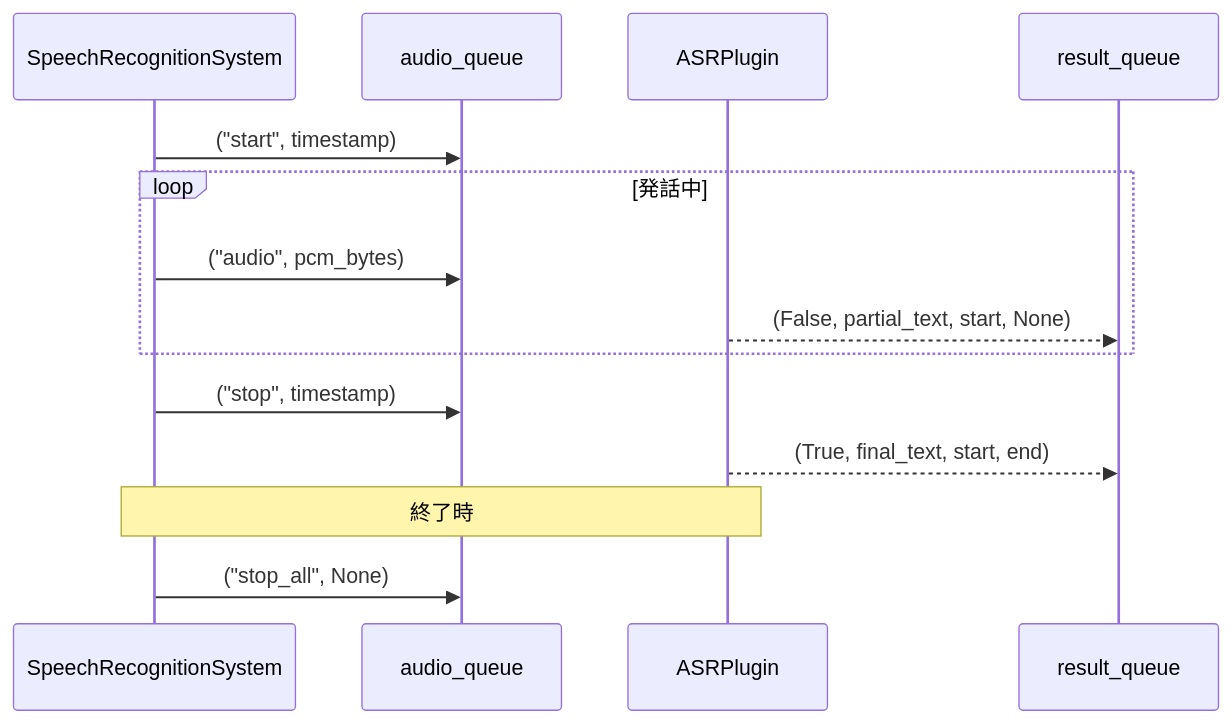
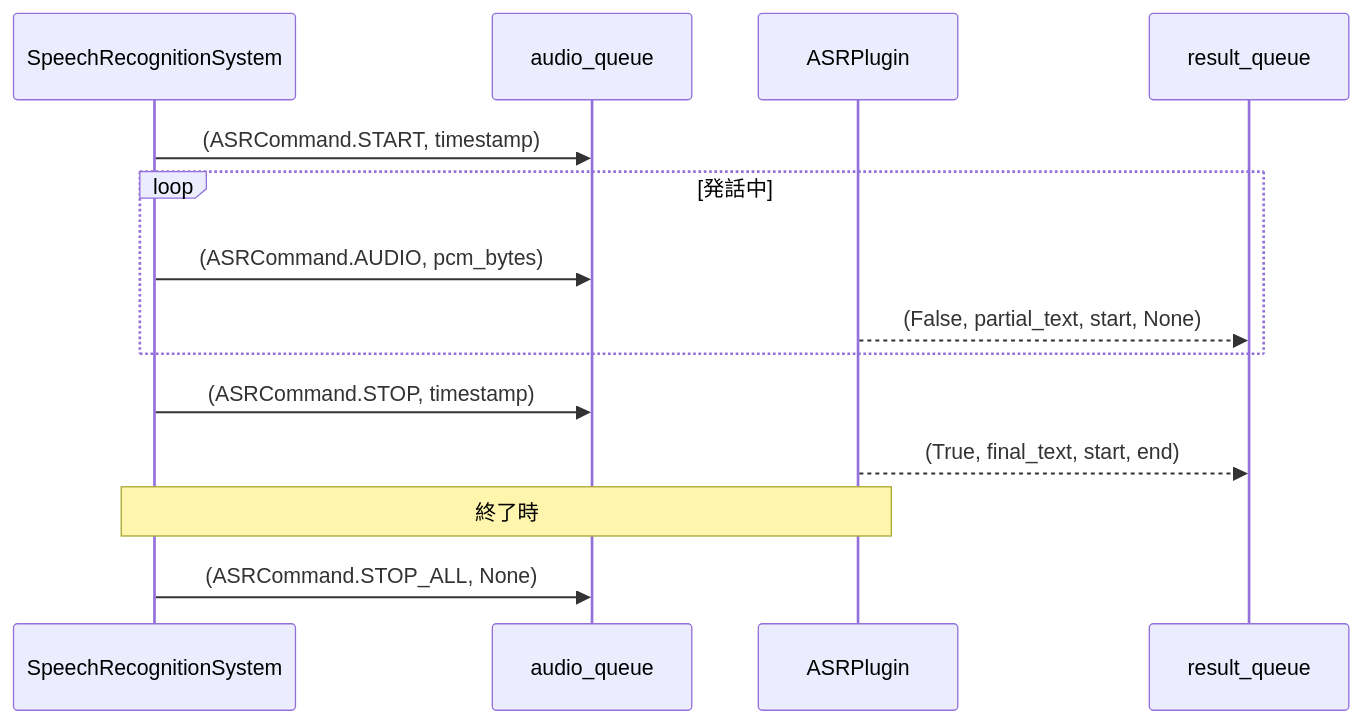
Before and after one commit to sato-susumu/susumu_asr_ros: the third of 3 diagrams in susumu_asr_ros/README_modules.md, drawn with Mermaid. The commit also changed other lines of this file and 10 other files, not shown here.

````diff
--- a/susumu_asr_ros/README_modules.md
+++ b/susumu_asr_ros/README_modules.md
@@ -146,18 +170,18 @@
 ```mermaid
 sequenceDiagram
     participant S as SpeechRecognitionSystem
     participant Q as audio_queue
     participant A as ASRPlugin
     participant R as result_queue
 
-    S ->> Q : ("start", timestamp)
+    S ->> Q : (ASRCommand.START, timestamp)
     loop 発話中
-        S ->> Q : ("audio", pcm_bytes)
+        S ->> Q : (ASRCommand.AUDIO, pcm_bytes)
         A -->> R : (False, partial_text, start, None)
     end
-    S ->> Q : ("stop", timestamp)
+    S ->> Q : (ASRCommand.STOP, timestamp)
     A -->> R : (True, final_text, start, end)
 
     note over S,A : 終了時
-    S ->> Q : ("stop_all", None)
+    S ->> Q : (ASRCommand.STOP_ALL, None)
 ```
````
